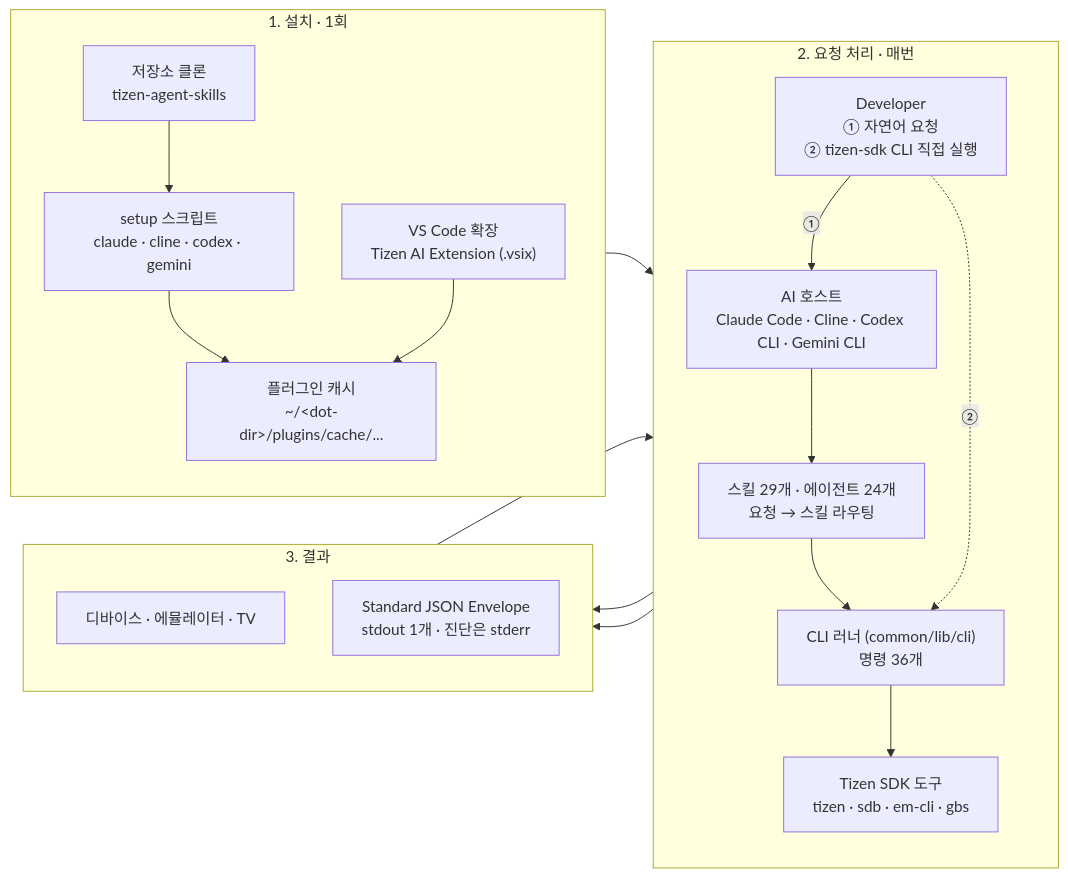
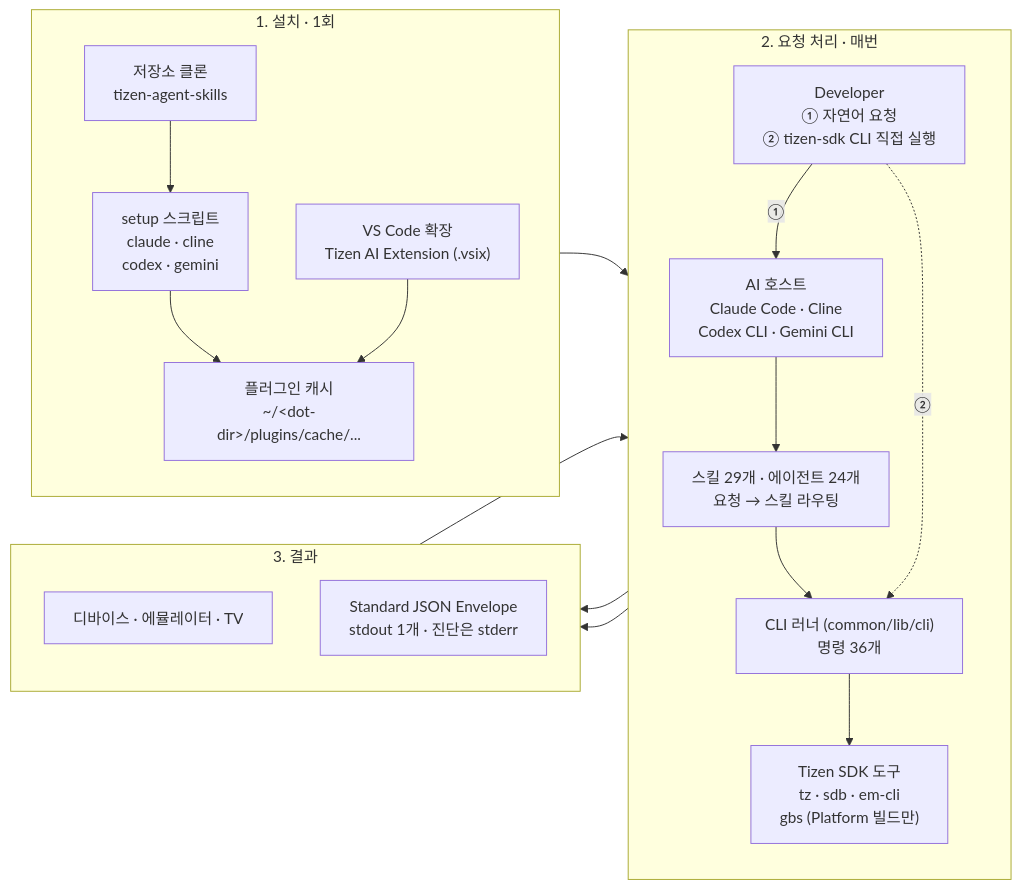
One commit to Samsung/tizen-agent-skills changed the first of 2 diagrams in tizen-sdk-skills/quick-guide.ko.md. Above: the diagram before and after it, drawn with Mermaid. The commit also changed other lines of this file and 3 other files, not shown here.

First line of the commit message:
docs(tizen-sdk-skills): fix quick guide diagram labels and signing step (#103)

````diff
--- a/tizen-sdk-skills/quick-guide.ko.md
+++ b/tizen-sdk-skills/quick-guide.ko.md
@@ -11,33 +11,33 @@
 ```mermaid
 flowchart LR
     subgraph S1["1. 설치 · 1회"]
         direction TB
-        Clone["저장소 클론<br/>tizen-agent-skills"] --> Setup["setup 스크립트<br/>claude · cline · codex · gemini"]
+        Clone["저장소 클론<br/>tizen-agent-skills"] --> Setup["setup 스크립트<br/>claude · cline<br/>codex · gemini"]
         VSIX["VS Code 확장<br/>Tizen AI Extension (.vsix)"]
         Setup --> Cache["플러그인 캐시<br/>~/&lt;dot-dir&gt;/plugins/cache/..."]
         VSIX --> Cache
     end
 
     subgraph S2["2. 요청 처리 · 매번"]
         direction TB
         Dev["Developer<br/>① 자연어 요청<br/>② tizen-sdk CLI 직접 실행"]
-        Host["AI 호스트<br/>Claude Code · Cline · Codex CLI · Gemini CLI"]
+        Host["AI 호스트<br/>Claude Code · Cline<br/>Codex CLI · Gemini CLI"]
         Skill["스킬 29개 · 에이전트 24개<br/>요청 → 스킬 라우팅"]
         Runner["CLI 러너 (common/lib/cli)<br/>명령 36개"]
-        Tools["Tizen SDK 도구<br/>tizen · sdb · em-cli · gbs"]
+        Tools["Tizen SDK 도구<br/>tz · sdb · em-cli<br/>gbs (Platform 빌드만)"]
         Dev -->|①| Host --> Skill --> Runner
         Dev -.->|②| Runner
         Runner --> Tools
     end
 
     subgraph S3["3. 결과"]
         direction TB
         Target["디바이스 · 에뮬레이터 · TV"]
         Env["Standard JSON Envelope<br/>stdout 1개 · 진단은 stderr"]
     end
 
     Cache --> Skill
     Tools --> Target
     Runner --> Env
     Env --> Host
 ```
````
